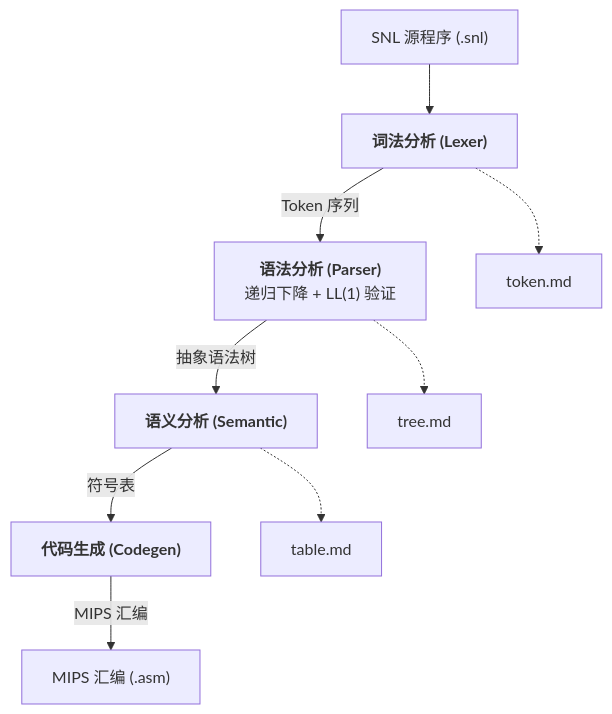
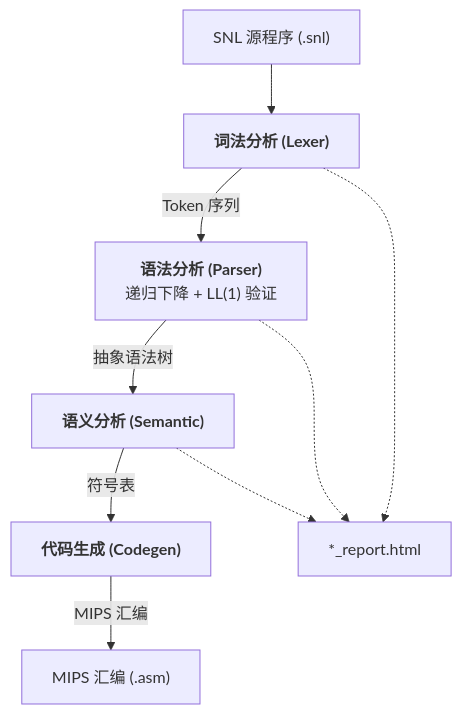
One commit to ExTNT/snl_compiler changed the first of 8 diagrams in doc/PROGRAM_FLOW.md. Above: the diagram before and after it, drawn with Mermaid. The commit also changed other lines of this file and 4 other files, not shown here.

````diff
--- a/doc/PROGRAM_FLOW.md
+++ b/doc/PROGRAM_FLOW.md
@@ -7,23 +7,21 @@
 ```mermaid
 flowchart TD
     SRC["SNL 源程序 (.snl)"]
     LEX["<b>词法分析 (Lexer)</b>"]
     PARSE["<b>语法分析 (Parser)</b><br/>递归下降 + LL(1) 验证"]
     SEM["<b>语义分析 (Semantic)</b>"]
     CG["<b>代码生成 (Codegen)</b>"]
 
-    TOKEN["token.md"]
-    TREE["tree.md"]
-    TABLE["table.md"]
+    REPORT["*_report.html"]
     ASM["MIPS 汇编 (.asm)"]
 
     SRC --> LEX
     LEX -->|"Token 序列"| PARSE
     PARSE -->|"抽象语法树"| SEM
     SEM -->|"符号表"| CG
     CG -->|"MIPS 汇编"| ASM
 
-    LEX -.-> TOKEN
-    PARSE -.-> TREE
-    SEM -.-> TABLE
+    LEX -.-> REPORT
+    PARSE -.-> REPORT
+    SEM -.-> REPORT
 ```
````
